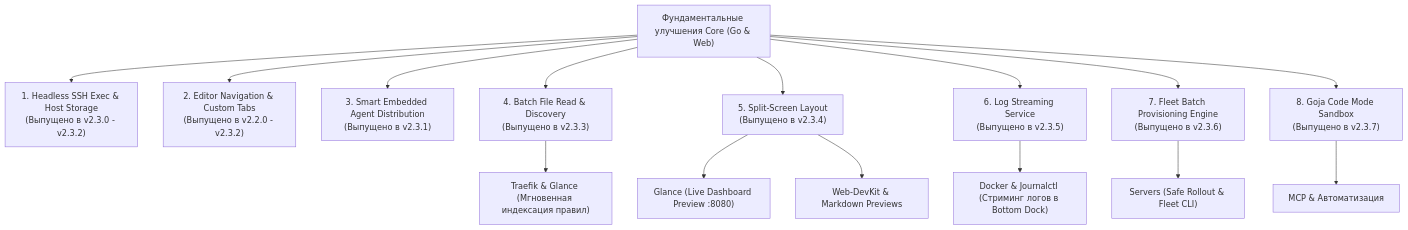
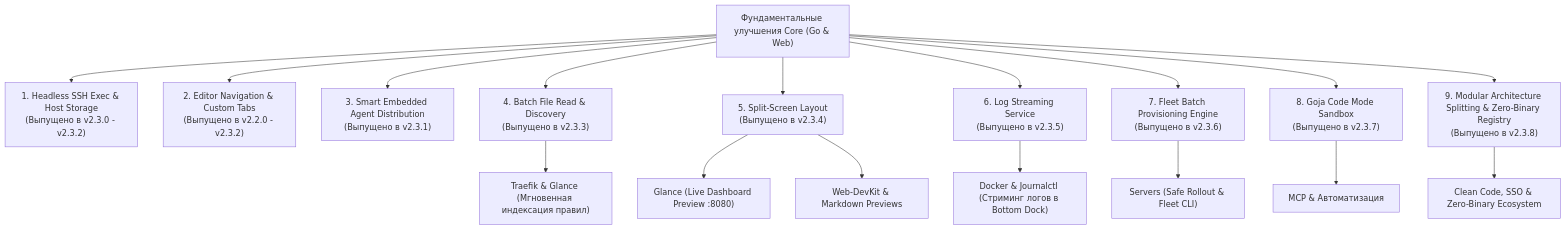
One commit to config-studio/config-studio changed the diagram in ROADMAP.md. Above: the diagram before and after it, drawn with Mermaid. The commit also changed other lines of this file, not shown here.

Commit message:
docs(roadmap): update completed architectural items, releases, and master catalog

````diff
--- a/ROADMAP.md
+++ b/ROADMAP.md
@@ -47,29 +47,32 @@
 ```mermaid
 graph TD
     Core["Фундаментальные улучшения Core (Go & Web)"]
     
     C1["1. Headless SSH Exec & Host Storage<br/>(Выпущено в v2.3.0 - v2.3.2)"]
     C2["2. Editor Navigation & Custom Tabs<br/>(Выпущено в v2.2.0 - v2.3.2)"]
     C3["3. Smart Embedded Agent Distribution<br/>(Выпущено в v2.3.1)"]
     C4["4. Batch File Read & Discovery<br/>(Выпущено в v2.3.3)"]
     C5["5. Split-Screen Layout<br/>(Выпущено в v2.3.4)"]
     C6["6. Log Streaming Service<br/>(Выпущено в v2.3.5)"]
     C7["7. Fleet Batch Provisioning Engine<br/>(Выпущено в v2.3.6)"]
     C8["8. Goja Code Mode Sandbox<br/>(Выпущено в v2.3.7)"]
+    C9["9. Modular Architecture Splitting & Zero-Binary Registry<br/>(Выпущено в v2.3.8)"]
     
     Core --> C1
     Core --> C2
     Core --> C3
     Core --> C4
     Core --> C5
     Core --> C6
     Core --> C7
     Core --> C8
+    Core --> C9
     
     C4 --> P1["Traefik & Glance (Мгновенная индексация правил)"]
     C5 --> P2["Glance (Live Dashboard Preview :8080)"]
     C5 --> P3["Web-DevKit & Markdown Previews"]
     C6 --> P4["Docker & Journalctl (Стриминг логов в Bottom Dock)"]
     C7 --> P5["Servers (Safe Rollout & Fleet CLI)"]
     C8 --> P6["MCP & Автоматизация"]
+    C9 --> P7["Clean Code, SSO & Zero-Binary Ecosystem"]
 ```
````
